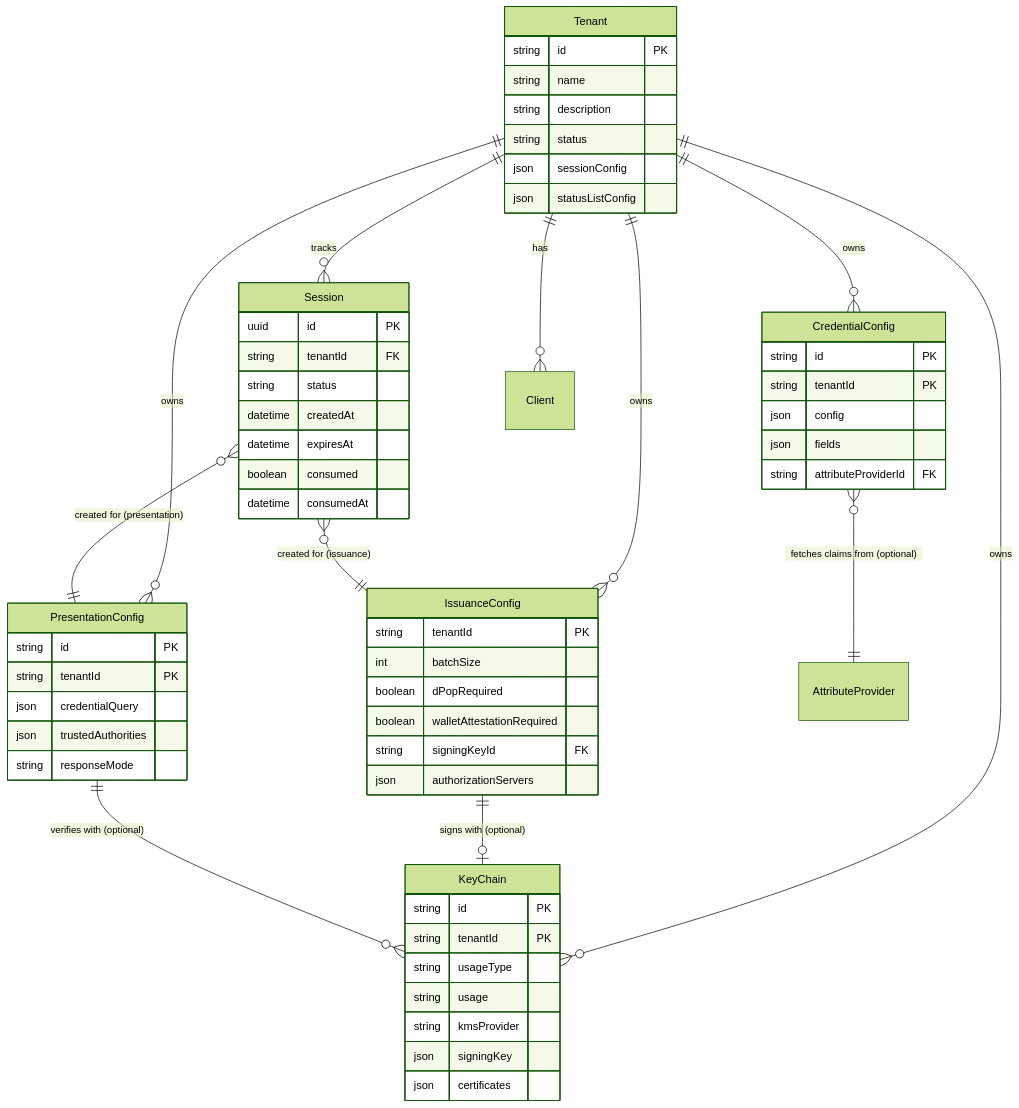
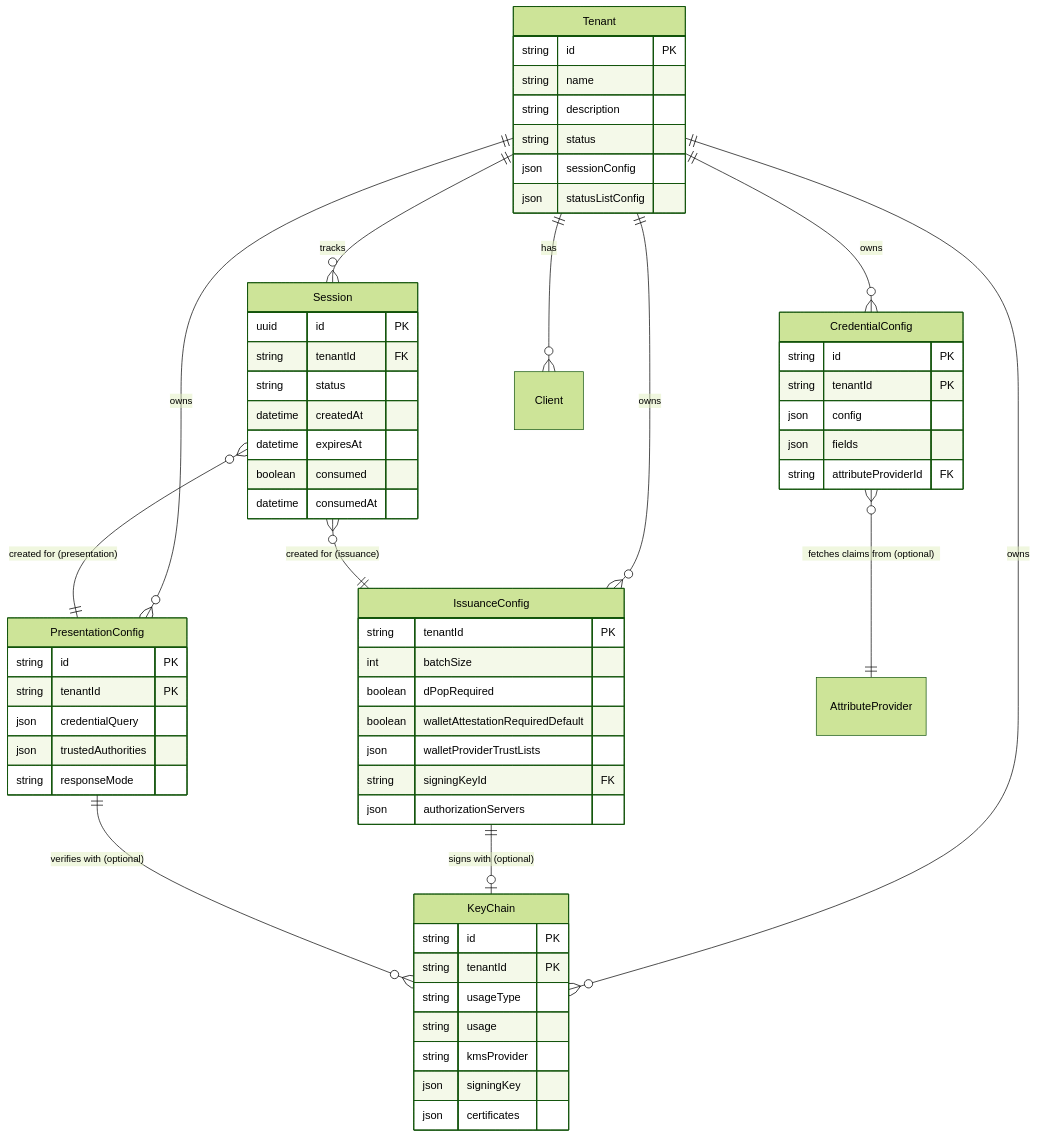
Before and after one commit to openwallet-foundation/eudiplo: the first of 2 diagrams in apps/docs/docs/architecture/core-concepts.md, drawn with Mermaid (forest theme). The commit also changed other lines of this file and 53 other files, not shown here.

Commit message:
feat: configure wallet attestation per authorization server

````diff
--- a/apps/docs/docs/architecture/core-concepts.md
+++ b/apps/docs/docs/architecture/core-concepts.md
@@ -15,70 +15,71 @@
 ```mermaid
 erDiagram
     Tenant ||--o{ CredentialConfig : owns
     Tenant ||--o{ IssuanceConfig : owns
     Tenant ||--o{ PresentationConfig : owns
     Tenant ||--o{ KeyChain : owns
     Tenant ||--o{ Session : tracks
     Tenant ||--o{ Client : has
-    
+
     IssuanceConfig ||--o| KeyChain : "signs with (optional)"
     PresentationConfig ||--o{ KeyChain : "verifies with (optional)"
     CredentialConfig }o--|| AttributeProvider : "fetches claims from (optional)"
-    
+
     Session }o--|| IssuanceConfig : "created for (issuance)"
     Session }o--|| PresentationConfig : "created for (presentation)"
-    
+
     Tenant {
         string id PK
         string name
         string description
         string status
         json sessionConfig
         json statusListConfig
     }
-    
+
     CredentialConfig {
         string id PK
         string tenantId PK
         json config
         json fields
         string attributeProviderId FK
     }
-    
+
     IssuanceConfig {
         string tenantId PK
         int batchSize
         boolean dPopRequired
-        boolean walletAttestationRequired
+        boolean walletAttestationRequiredDefault
+        json walletProviderTrustLists
         string signingKeyId FK
         json authorizationServers
     }
-    
+
     PresentationConfig {
         string id PK
         string tenantId PK
         json credentialQuery
         json trustedAuthorities
         string responseMode
     }
-    
+
     KeyChain {
         string id PK
         string tenantId PK
         string usageType
         string usage
         string kmsProvider
         json signingKey
         json certificates
     }
-    
+
     Session {
         uuid id PK
         string tenantId FK
         string status
         datetime createdAt
         datetime expiresAt
         boolean consumed
         datetime consumedAt
     }
 ```
````
